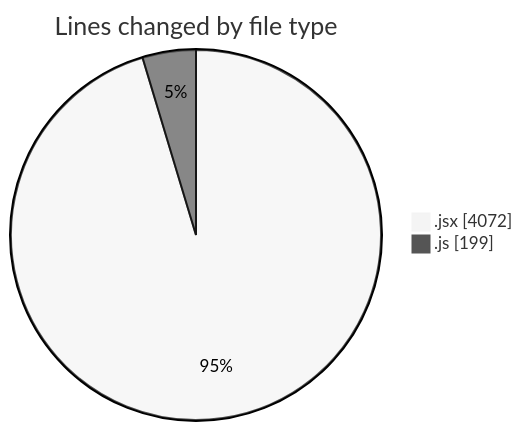
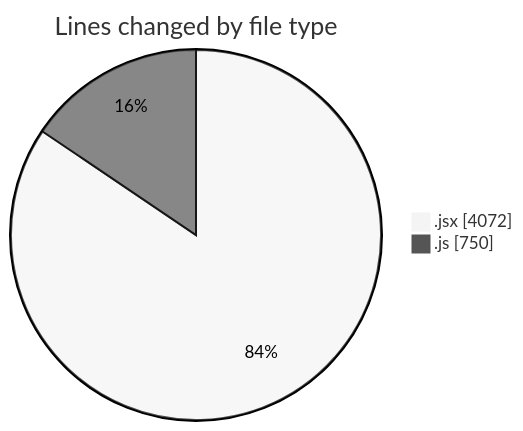
Before and after one commit to nxtqubesakshisongat/code-tracking: the first of 2 diagrams in 2025-07-24/nxtqube_webapp/README.md, drawn with Mermaid (neutral theme). The commit also changed other lines of this file and 1 other file, not shown here.

````diff
--- a/2025-07-24/nxtqube_webapp/README.md
+++ b/2025-07-24/nxtqube_webapp/README.md
@@ -25,6 +26,6 @@
 ```mermaid
 pie showData
 title Lines changed by file type
 ".jsx" : 4072
-".js" : 199
+".js" : 750
 ```
````
